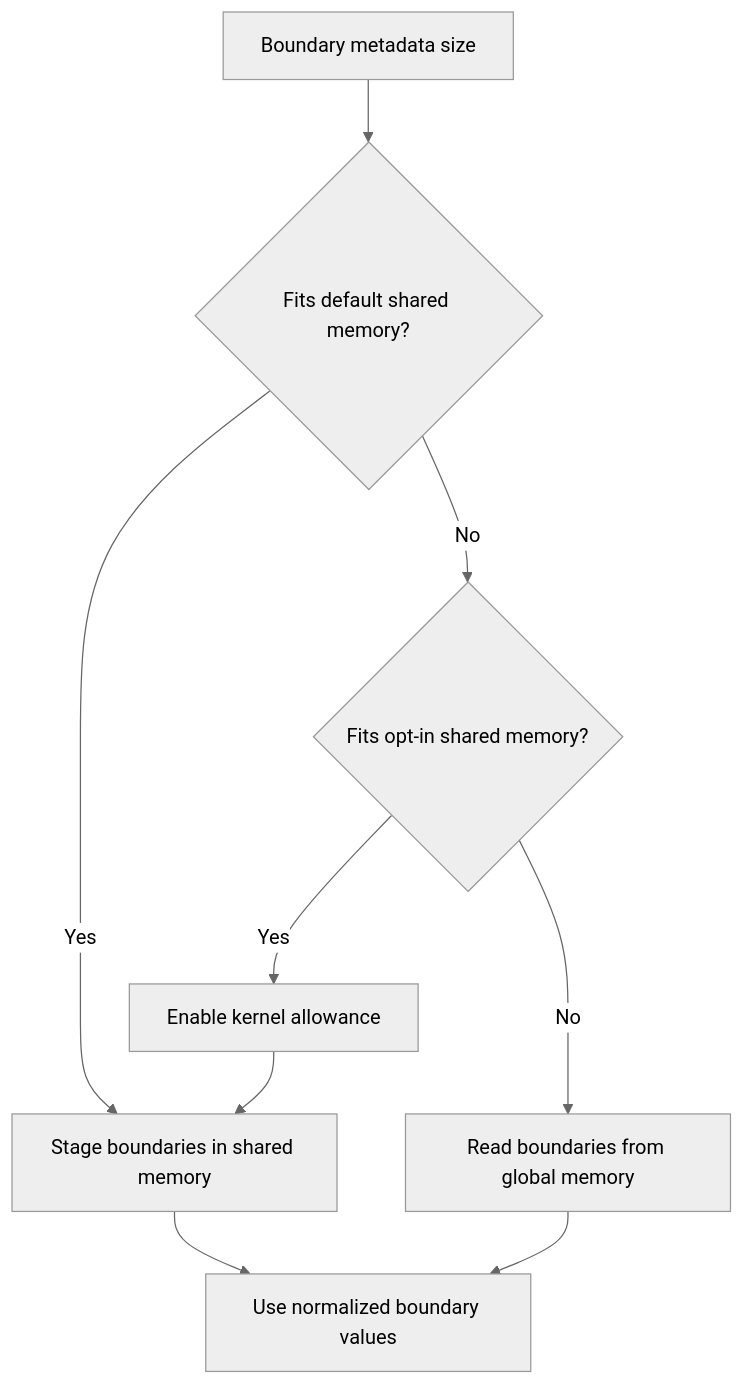
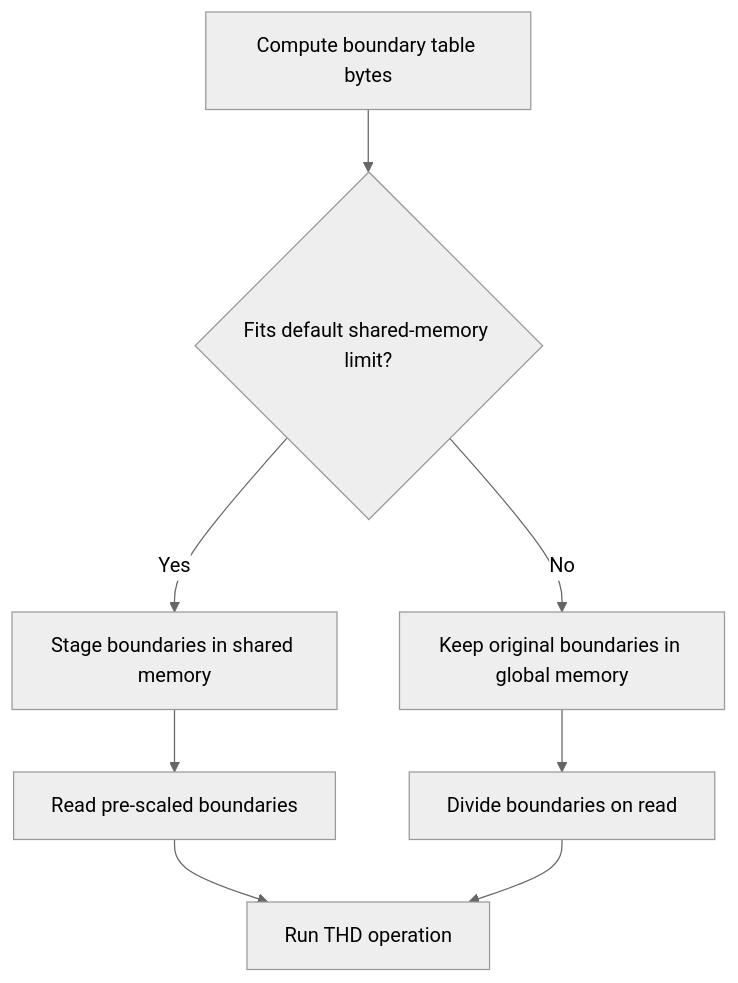
One commit to yuguo-Jack/HCU-TrainFlow changed the diagram in knowledge/projects/transformer-engine/knowledgebase/upstream/prs/NVIDIA--TransformerEngine/PR-3698.md. Above: the diagram before and after it, drawn with Mermaid. The commit also changed other lines of this file and 42044 other files, not shown here.

````diff
--- a/knowledge/projects/transformer-engine/knowledgebase/upstream/prs/NVIDIA--TransformerEngine/PR-3698.md
+++ b/knowledge/projects/transformer-engine/knowledgebase/upstream/prs/NVIDIA--TransformerEngine/PR-3698.md
@@ -90,12 +104,11 @@
 ```mermaid
 %%{init: {'theme': 'neutral'}}%%
 flowchart TD
-  A[Boundary metadata size] --> B{Fits default shared memory?}
-  B -->|Yes| E[Stage boundaries in shared memory]
-  B -->|No| C{Fits opt-in shared memory?}
-  C -->|Yes| D[Enable kernel allowance]
-  D --> E
-  C -->|No| F[Read boundaries from global memory]
-  E --> G[Use normalized boundary values]
+  A[Compute boundary table bytes] --> B{Fits default shared-memory limit?}
+  B -->|Yes| C[Stage boundaries in shared memory]
+  C --> D[Read pre-scaled boundaries]
+  B -->|No| E[Keep original boundaries in global memory]
+  E --> F[Divide boundaries on read]
+  D --> G[Run THD operation]
   F --> G
 ```
````
